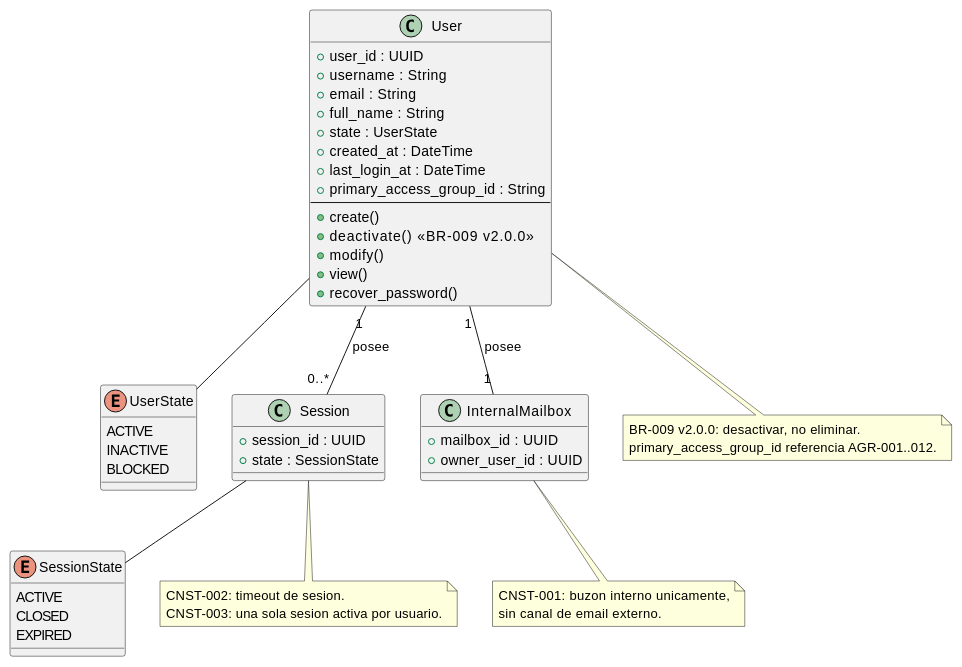
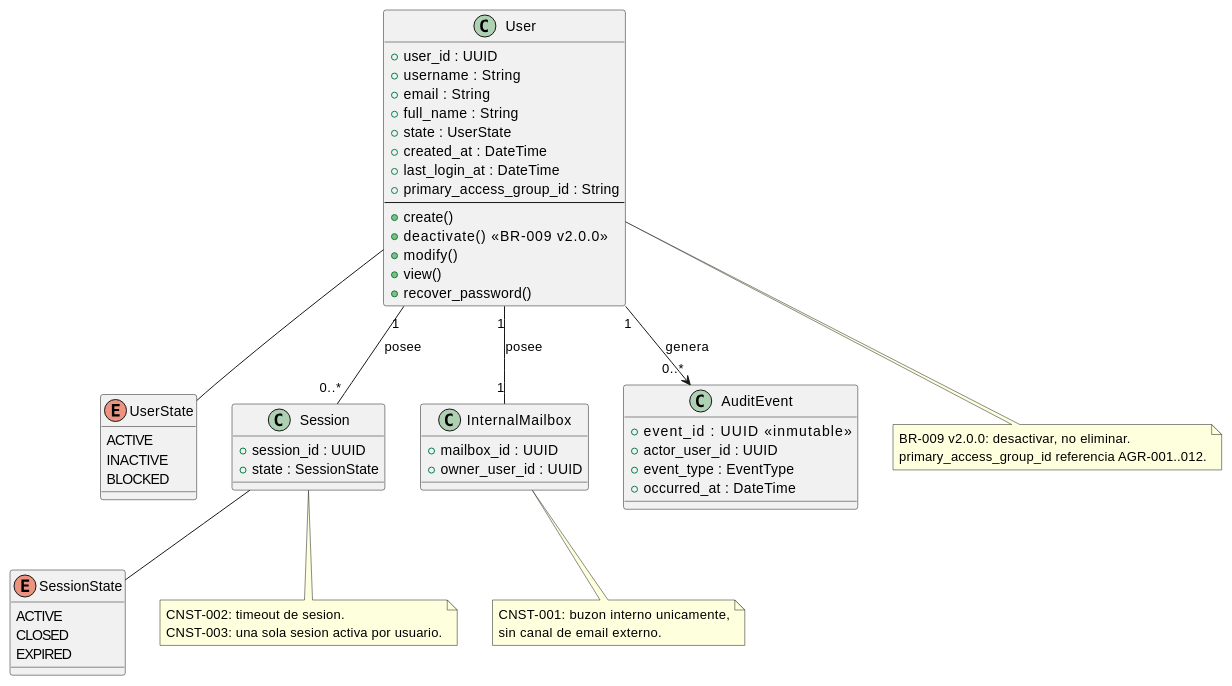
The diagram in source/arquitectura-tecnica/domain-model/user.rst (jcg-admin/IACT-docs), drawn with PlantUML before and after one commit. The commit also changed other lines of this file and 3 other files, not shown here.

```diff
--- a/source/arquitectura-tecnica/domain-model/user.rst
+++ b/source/arquitectura-tecnica/domain-model/user.rst
@@ -25,65 +25,73 @@
 .. uml::
  :caption: Clase User — entidad de identidad del sistema IACT.
 
  @startuml
 
  class User {
    + user_id : UUID
    + username : String
    + email : String
    + full_name : String
    + state : UserState
    + created_at : DateTime
    + last_login_at : DateTime
    + primary_access_group_id : String
    --
    + create()
    + deactivate()       <<BR-009 v2.0.0>>
    + modify()
    + view()
    + recover_password()
  }
 
  enum UserState {
    ACTIVE
    INACTIVE
    BLOCKED
  }
 
  class Session {
    + session_id : UUID
    + state : SessionState
  }
 
  class InternalMailbox {
    + mailbox_id : UUID
    + owner_user_id : UUID
  }
 
+ class AuditEvent {
+   + event_id : UUID       <<inmutable>>
+   + actor_user_id : UUID
+   + event_type : EventType
+   + occurred_at : DateTime
+ }
+
  enum SessionState {
    ACTIVE
    CLOSED
    EXPIRED
  }
 
  User -- UserState
  User "1" -- "0..*" Session            : posee
  User "1" -- "1"    InternalMailbox    : posee
+ User "1" --> "0..*" AuditEvent        : genera
  Session -- SessionState
 
  note bottom of User
    BR-009 v2.0.0: desactivar, no eliminar.
    primary_access_group_id referencia AGR-001..012.
  end note
 
  note bottom of Session
    CNST-002: timeout de sesion.
    CNST-003: una sola sesion activa por usuario.
  end note
 
  note bottom of InternalMailbox
    CNST-001: buzon interno unicamente,
    sin canal de email externo.
  end note
 
  @enduml
```
